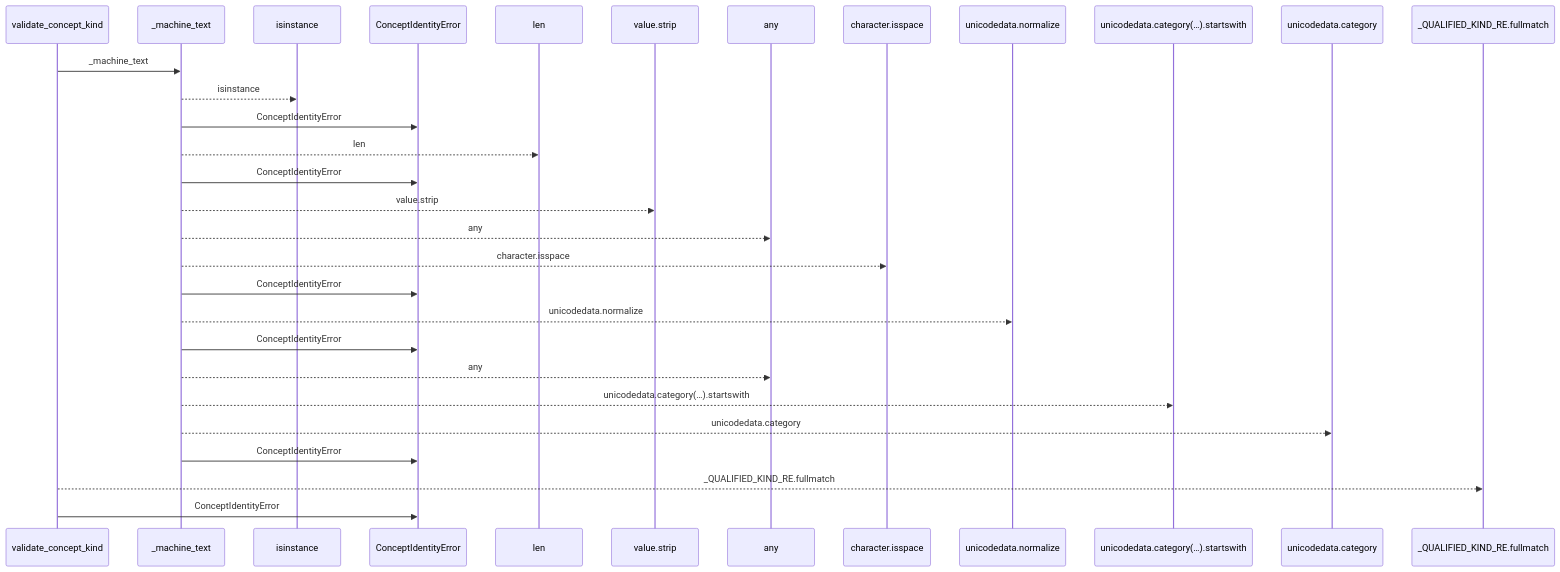
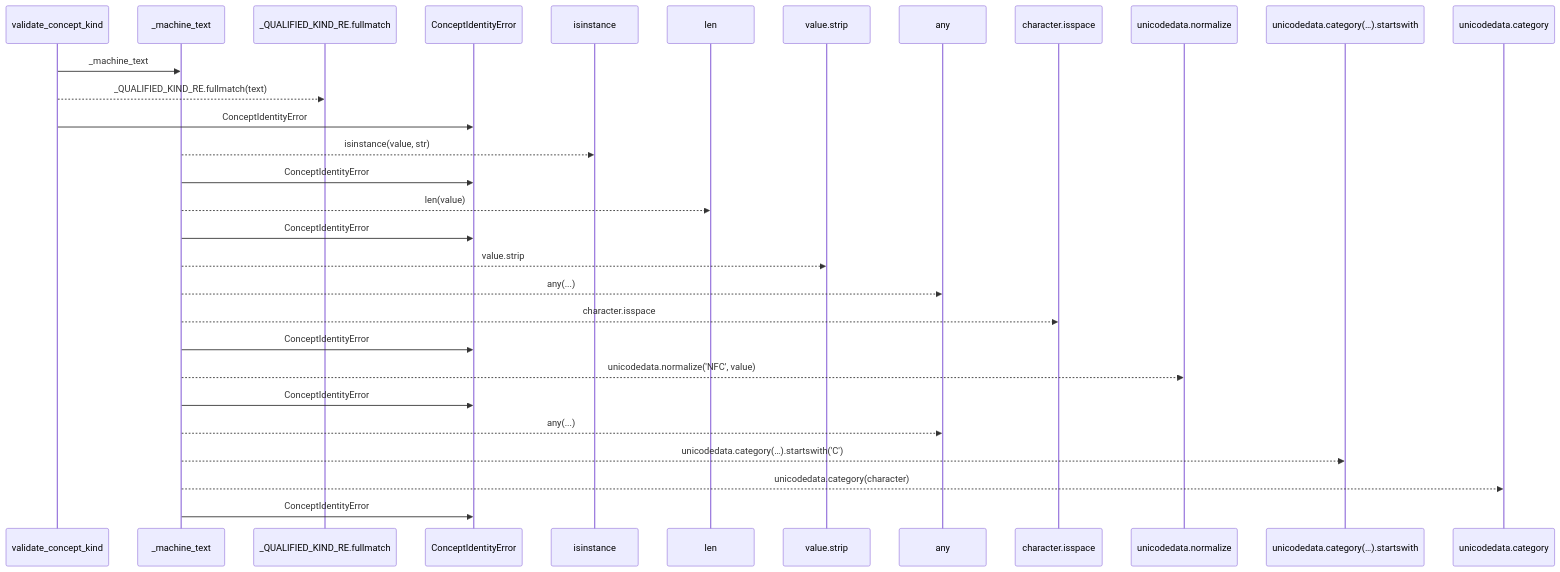
Before and after one commit to Denissvgn/python-wiki-llm: the first of 2 diagrams in docs/llm_wiki/flows/api-validate_concept_kind.md, drawn with Mermaid. The commit also changed other lines of this file and 1410 other files, not shown here.

````diff
--- a/docs/llm_wiki/flows/api-validate_concept_kind.md
+++ b/docs/llm_wiki/flows/api-validate_concept_kind.md
@@ -10,32 +12,32 @@
 ```mermaid
 sequenceDiagram
     participant p0 as validate_concept_kind
     participant p1 as _machine_text
-    participant p2 as isinstance
+    participant p2 as _QUALIFIED_KIND_RE.fullmatch
     participant p3 as ConceptIdentityError
-    participant p4 as len
-    participant p5 as value.strip
-    participant p6 as any
-    participant p7 as character.isspace
-    participant p8 as unicodedata.normalize
-    participant p9 as unicodedata.category(…).startswith
-    participant p10 as unicodedata.category
-    participant p11 as _QUALIFIED_KIND_RE.fullmatch
+    participant p4 as isinstance
+    participant p5 as len
+    participant p6 as value.strip
+    participant p7 as any
+    participant p8 as character.isspace
+    participant p9 as unicodedata.normalize
+    participant p10 as unicodedata.category(…).startswith
+    participant p11 as unicodedata.category
     p0->>p1: _machine_text
-    p1-->>p2: isinstance
+    p0-->>p2: _QUALIFIED_KIND_RE.fullmatch(text)
+    p0->>p3: ConceptIdentityError
+    p1-->>p4: isinstance(value, str)
     p1->>p3: ConceptIdentityError
-    p1-->>p4: len
+    p1-->>p5: len(value)
     p1->>p3: ConceptIdentityError
-    p1-->>p5: value.strip
-    p1-->>p6: any
-    p1-->>p7: character.isspace
+    p1-->>p6: value.strip
+    p1-->>p7: any(...)
+    p1-->>p8: character.isspace
     p1->>p3: ConceptIdentityError
-    p1-->>p8: unicodedata.normalize
+    p1-->>p9: unicodedata.normalize('NFC', value)
     p1->>p3: ConceptIdentityError
-    p1-->>p6: any
-    p1-->>p9: unicodedata.category(…).startswith
-    p1-->>p10: unicodedata.category
+    p1-->>p7: any(...)
+    p1-->>p10: unicodedata.category(…).startswith('C')
+    p1-->>p11: unicodedata.category(character)
     p1->>p3: ConceptIdentityError
-    p0-->>p11: _QUALIFIED_KIND_RE.fullmatch
-    p0->>p3: ConceptIdentityError
 ```
````
